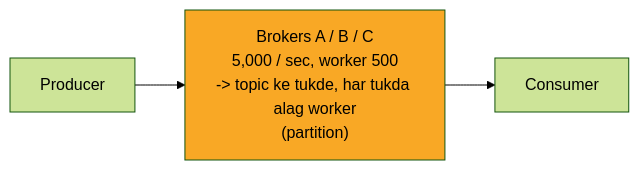
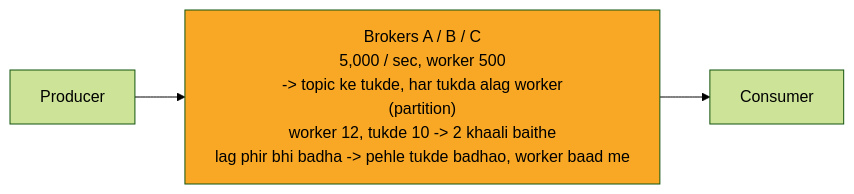
The third of 12 diagrams in 04_HLD/SYSTEM_DESIGNS/12_message_queue_kafka/12_message_queue_kafka.md (ArpanMaheshwari144/Prep), drawn with Mermaid (forest theme) before and after one commit. The commit also changed other lines of this file and 12 other files, not shown here.

Commit message:
hld 02-14: peele dabbe me SAFAR ke mod + diagram chauda (wrappingWidth 450)

````diff
--- a/04_HLD/SYSTEM_DESIGNS/12_message_queue_kafka/12_message_queue_kafka.md
+++ b/04_HLD/SYSTEM_DESIGNS/12_message_queue_kafka/12_message_queue_kafka.md
@@ -119,9 +121,10 @@
 ```mermaid
+%%{init: {"flowchart": {"wrappingWidth": 450}}}%%
 flowchart LR
     n_P["Producer"]
-    n_B["Brokers A / B / C<br/>5,000 / sec, worker 500<br/>-> topic ke tukde, har tukda alag worker<br/>(partition)"]
+    n_B["Brokers A / B / C<br/>5,000 / sec, worker 500<br/>-> topic ke tukde, har tukda alag worker<br/>(partition)<br/>worker 12, tukde 10 -> 2 khaali baithe<br/>lag phir bhi badha -> pehle tukde badhao, worker baad me"]
     n_C["Consumer"]
     n_P --> n_B
     n_B --> n_C
     style n_B fill:#f9a825,color:#000
 ```
````
